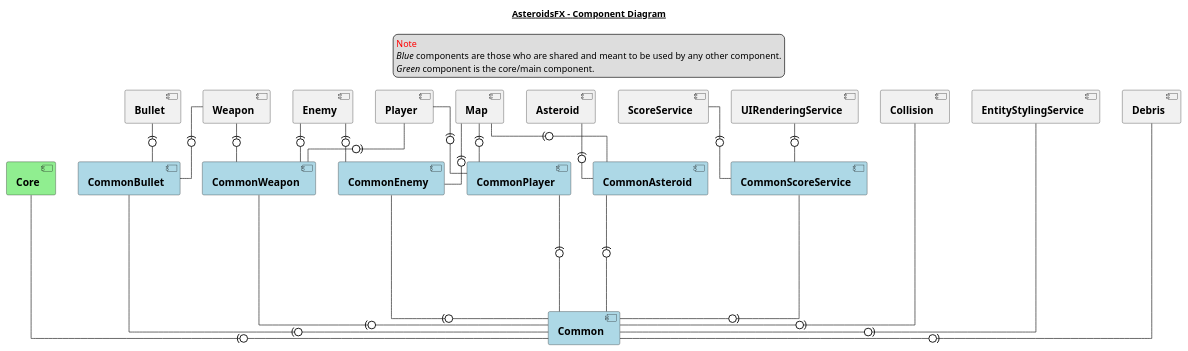
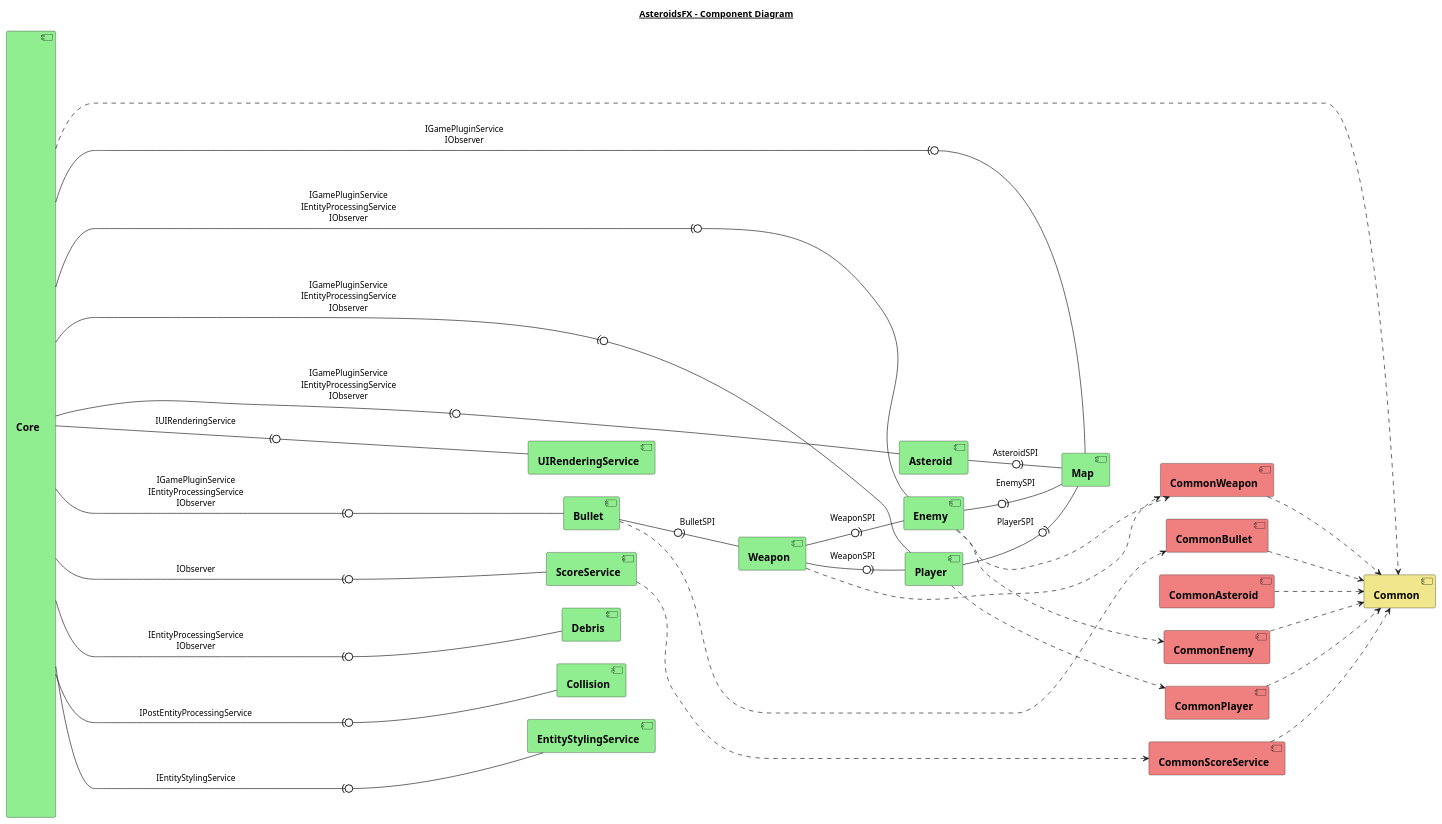
One commit to jlars22/AsteroidsFX changed the diagram in diagrams/component.puml. Above: the diagram before and after it, drawn with PlantUML. The commit also changed 3 other files, not shown here.

Commit message:
improve diagrams

```diff
--- a/diagrams/component.puml
+++ b/diagrams/component.puml
@@ -1,108 +1,76 @@
 @startuml
 title
 <u>AsteroidsFX - Component Diagram</u>
 end title
 
-legend top
-<font color=red >Note</font>
-<i>Blue</i> components are those who are shared and meant to be used by any other component.
-<i>Green</i> component is the core/main component.
-end legend
+left to right direction
 
-skinparam linetype ortho
 skinparam component {
     FontName Arial
     FontSize 16
     FontStyle Bold
 }
 
+component [\n\n\n\n\n\n\n\n\n\n\n\n\n\n\n\n\n\n\n\n\n\n\n\n\n\n\nCore\n\n\n\n\n\n\n\n\n\n\n\n\n\n\n\n\n\n\n\n\n\n\n\n\n\n\n] as Core #Lightgreen
 
 together {
-    component [Asteroid]
-    component [Bullet]
-    component [Debris]
-    component [Collision]
-    component [Enemy]
-    component [Weapon]
-    component [Map]
-    component [ScoreService]
-    component [Player]
-    component [UIRenderingService]
-    component [EntityStylingService]
+    component [Asteroid] #Lightgreen
+    component [Bullet] #Lightgreen
+    component [Debris] #Lightgreen
+    component [Collision] #Lightgreen
+    component [Enemy] #Lightgreen
+    component [Weapon] #Lightgreen
+    component [Map] #Lightgreen
+    component [ScoreService] #Lightgreen
+    component [Player] #Lightgreen
+    component [UIRenderingService] #Lightgreen
+    component [EntityStylingService] #Lightgreen
 }
 
 together {
-    component [CommonWeapon] #Lightblue
-    component [Common] #Lightblue
-    component [CommonAsteroid] #Lightblue
-    component [CommonBullet] #Lightblue
-    component [CommonEnemy] #Lightblue
-    component [CommonScoreService] #Lightblue
-    component [CommonPlayer] #Lightblue
+    component [CommonBullet] #Lightcoral
+    component [CommonWeapon] #Lightcoral
+    component [CommonAsteroid] #Lightcoral
+    component [CommonScoreService] #Lightcoral
+    component [CommonEnemy] #Lightcoral
+    component [CommonPlayer] #Lightcoral
 }
 
-component [Core] #Lightgreen
-
-'Asteroid'
-[Asteroid] -(0- [CommonAsteroid]
-
-'Bullet'
-[Bullet] -(0- [CommonBullet]
-
-'Collision'
-[Collision] -(0-- [Common]
-
-'CommonAsteroid'
-[CommonAsteroid] --(0-- [Common]
-
-'CommonBullet'
-[CommonBullet] --(0-- [Common]
-
-'CommonEnemy'
-[CommonEnemy] --(0-- [Common]
+component [Common] #Khaki
 
 
-'CommonPlayer'
-[CommonPlayer] --(0-- [Common]
+Core ..> Common
+CommonEnemy ...> Common
+CommonScoreService ...> Common
+CommonPlayer ...> Common
+CommonBullet ...> Common
+CommonWeapon ...> Common
+CommonAsteroid ...> Common
 
-'CommonScoreService'
-[CommonScoreService] --(0-- [Common]
+Enemy ..> CommonEnemy
+Enemy ...> CommonWeapon
+Weapon ..> CommonWeapon
+ScoreService ..> CommonScoreService
+Player ..> CommonPlayer
+Bullet ..> CommonBullet
 
-'CommonWeapon'
-[CommonWeapon] --(0-- [Common]
+Core ------(0- Enemy : IGamePluginService\nIEntityProcessingService\nIObserver
+Core ---(0- Map : IGamePluginService\nIObserver
+Core ---(0- Asteroid : IGamePluginService\nIEntityProcessingService\nIObserver
+Core ---(0- Bullet : IGamePluginService\nIEntityProcessingService\nIObserver
+Core ---(0- Player : IGamePluginService\nIEntityProcessingService\nIObserver
+Core ---(0- Debris : IEntityProcessingService\nIObserver
+Core ---(0- ScoreService : IObserver
+Core ---(0- EntityStylingService : IEntityStylingService
+Core ---(0- Collision : IPostEntityProcessingService
+Core ---(0---- UIRenderingService : IUIRenderingService
 
-'Core'
-[Core] --(0-- [Common]
-
-'Debris'
-[Debris] -(0-- [Common]
-
-'Enemy'
-[Enemy] -(0- [CommonEnemy]
-[Enemy] -(0- [CommonWeapon]
+Enemy -0)- Map : EnemySPI
+Player -0)- Map : PlayerSPI
+Asteroid -0)- Map : AsteroidSPI
+Weapon -0)- Enemy : WeaponSPI
+Weapon -0)- Player : WeaponSPI
+Bullet -0)- Weapon : BulletSPI
 
 
-'Map'
-[Map] -(0- [CommonAsteroid]
-[Map] -(0- [CommonPlayer]
-[Map] -(0- [CommonEnemy]
-
-'Player'
-[Player] -(0- [CommonWeapon]
-[Player] -(0- [CommonPlayer]
-
-
-'ScoreService'
-[ScoreService] -(0- [CommonScoreService]
-
-'UIRenderingService'
-[UIRenderingService] -(0- [CommonScoreService]
-
-'EntityStylingService'
-[EntityStylingService] -(0- [Common]
-
-'Weapon'
-[Weapon] -(0- [CommonWeapon]
-[Weapon] -(0- [CommonBullet]
-
 @enduml
```
